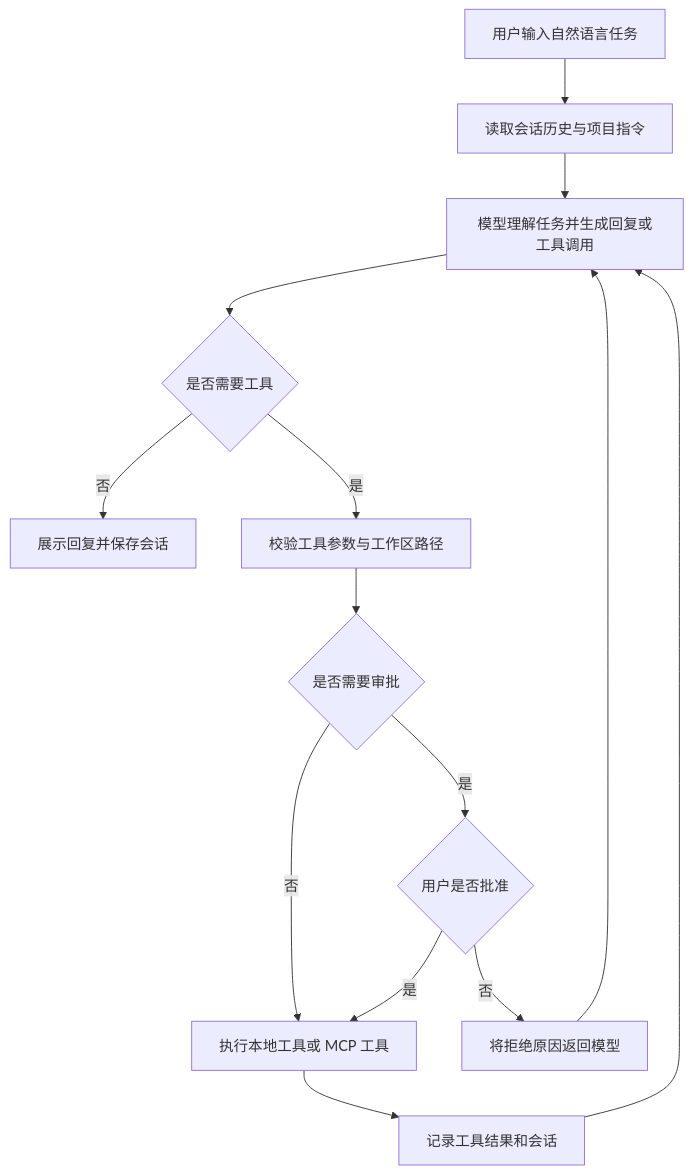
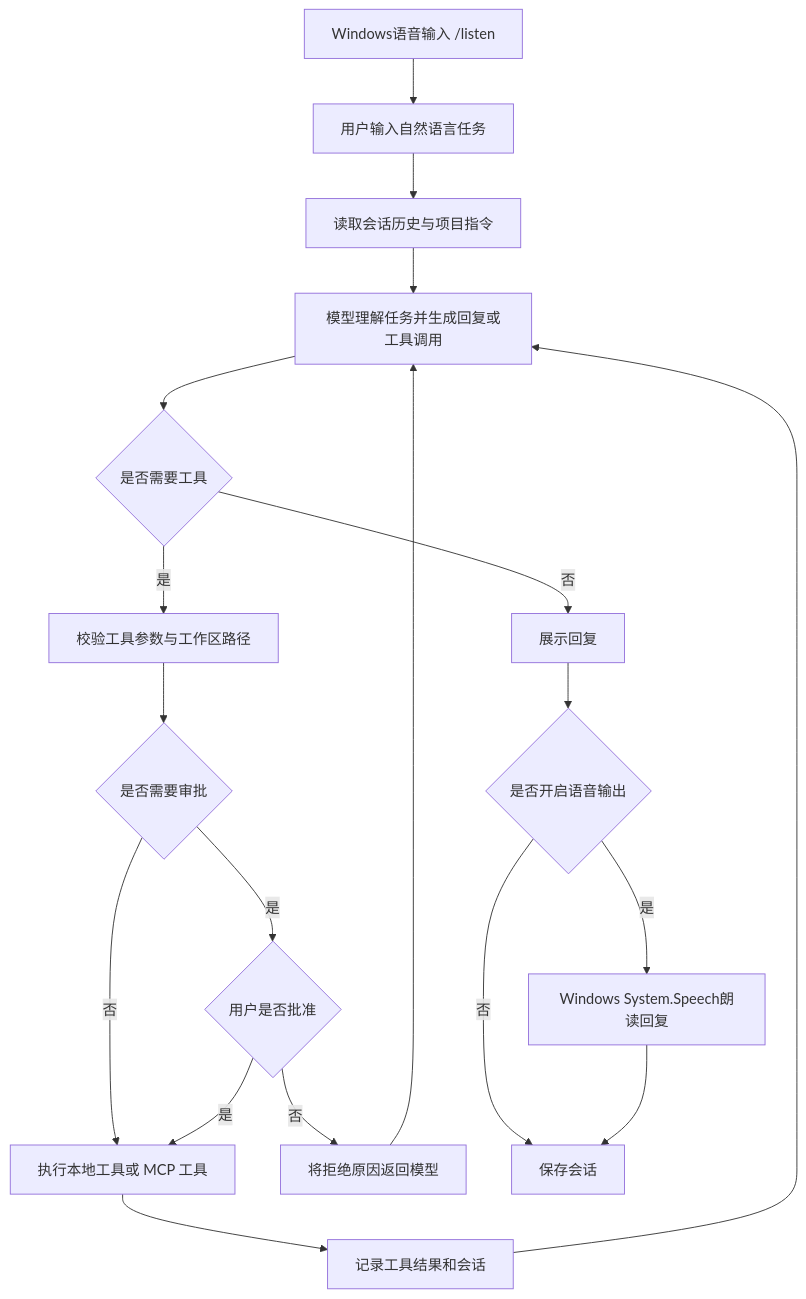
The diagram in 3124004049/aria/README.md (Sophy-x/gdut-software-engineering-2026), drawn with Mermaid before and after one commit.

Commit message:
docs: include voice flow in agent diagram

````diff
--- a/3124004049/aria/README.md
+++ b/3124004049/aria/README.md
@@ -37,16 +37,21 @@
 ```mermaid
 flowchart TD
     A[用户输入自然语言任务] --> B[读取会话历史与项目指令]
+    A0[Windows语音输入 /listen] --> A
     B --> C[模型理解任务并生成回复或工具调用]
     C --> D{是否需要工具}
-    D -- 否 --> J[展示回复并保存会话]
+    D -- 否 --> J[展示回复]
     D -- 是 --> E[校验工具参数与工作区路径]
     E --> F{是否需要审批}
     F -- 是 --> G{用户是否批准}
     F -- 否 --> H[执行本地工具或 MCP 工具]
     G -- 是 --> H
     G -- 否 --> I[将拒绝原因返回模型]
     H --> K[记录工具结果和会话]
     K --> C
     I --> C
+    J --> L{是否开启语音输出}
+    L -- 是 --> M[Windows System.Speech朗读回复]
+    L -- 否 --> N[保存会话]
+    M --> N
 ```
````
